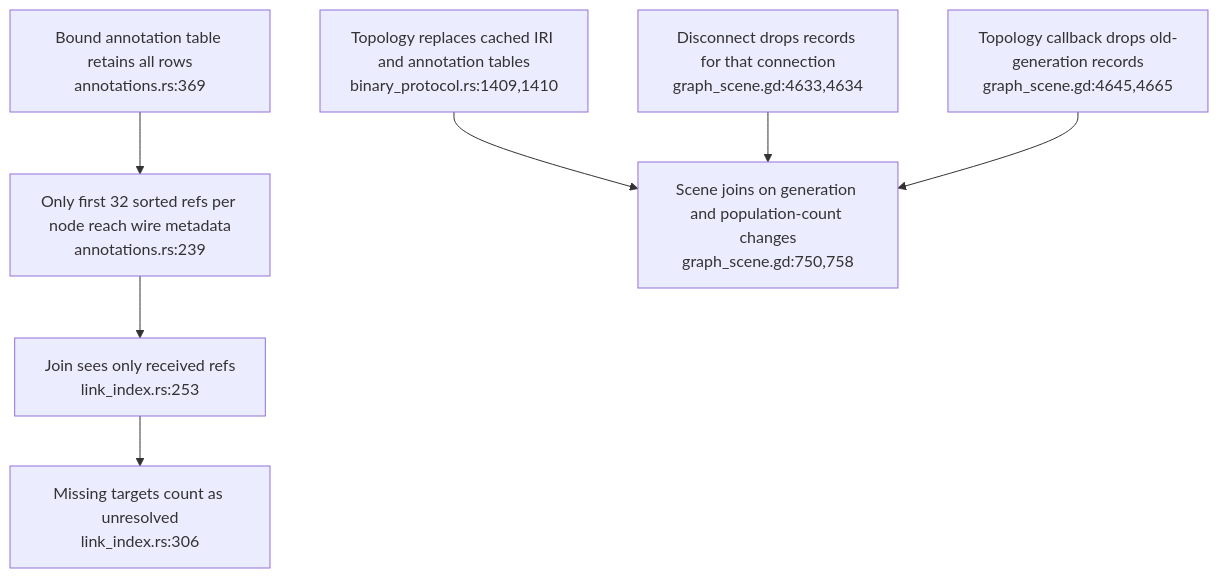
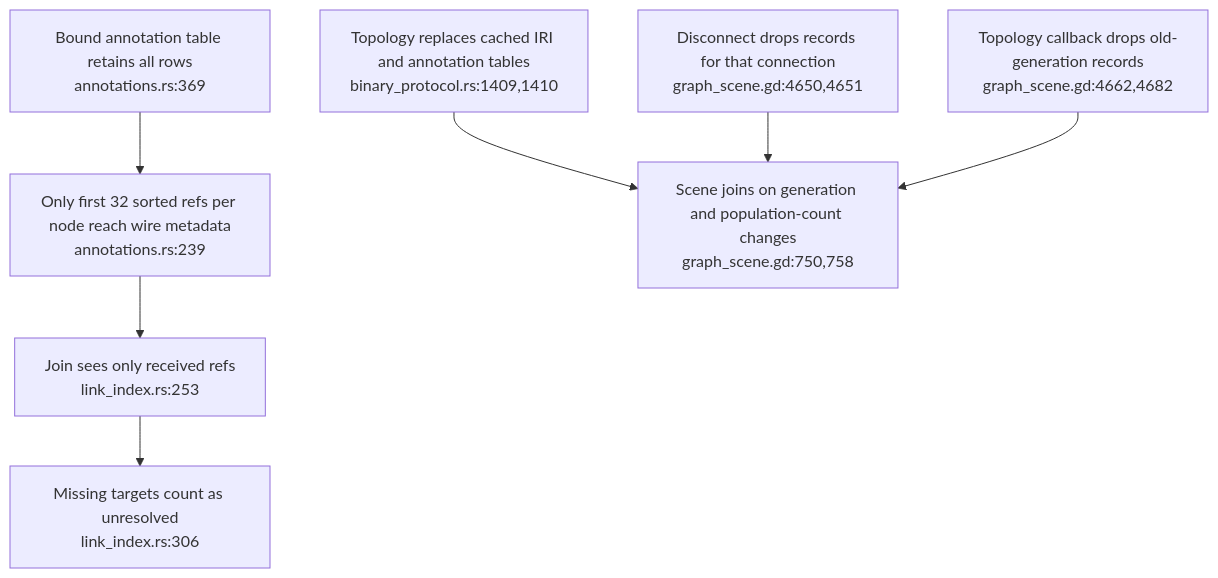
One commit to DreamLab-AI/VisionFlow changed the third of 3 diagrams in docs/diagrams/visionclaw/45-code-to-concept-link-evidence.md. Above: the diagram before and after it, drawn with Mermaid. The commit also changed other lines of this file and 154 other files, not shown here.

First line of the commit message:
docs(diagrams): re-stamp 154 topics whose every citation still reads the same text at the current heads

````diff
--- a/docs/diagrams/visionclaw/45-code-to-concept-link-evidence.md
+++ b/docs/diagrams/visionclaw/45-code-to-concept-link-evidence.md
@@ -65,9 +65,9 @@
 ```mermaid
 flowchart TD
     ALL["Bound annotation table retains all rows<br/>annotations.rs:369"] --> CUT["Only first 32 sorted refs per node reach wire metadata<br/>annotations.rs:239"]
     CUT --> JOIN["Join sees only received refs<br/>link_index.rs:253"]
     JOIN --> COUNT["Missing targets count as unresolved<br/>link_index.rs:306"]
     TOPO["Topology replaces cached IRI and annotation tables<br/>binary_protocol.rs:1409,1410"] --> REBUILD["Scene joins on generation and population-count changes<br/>graph_scene.gd:750,758"]
-    DISC["Disconnect drops records for that connection<br/>graph_scene.gd:4633,4634"] --> REBUILD
-    NEW["Topology callback drops old-generation records<br/>graph_scene.gd:4645,4665"] --> REBUILD
+    DISC["Disconnect drops records for that connection<br/>graph_scene.gd:4650,4651"] --> REBUILD
+    NEW["Topology callback drops old-generation records<br/>graph_scene.gd:4662,4682"] --> REBUILD
 ```
````
